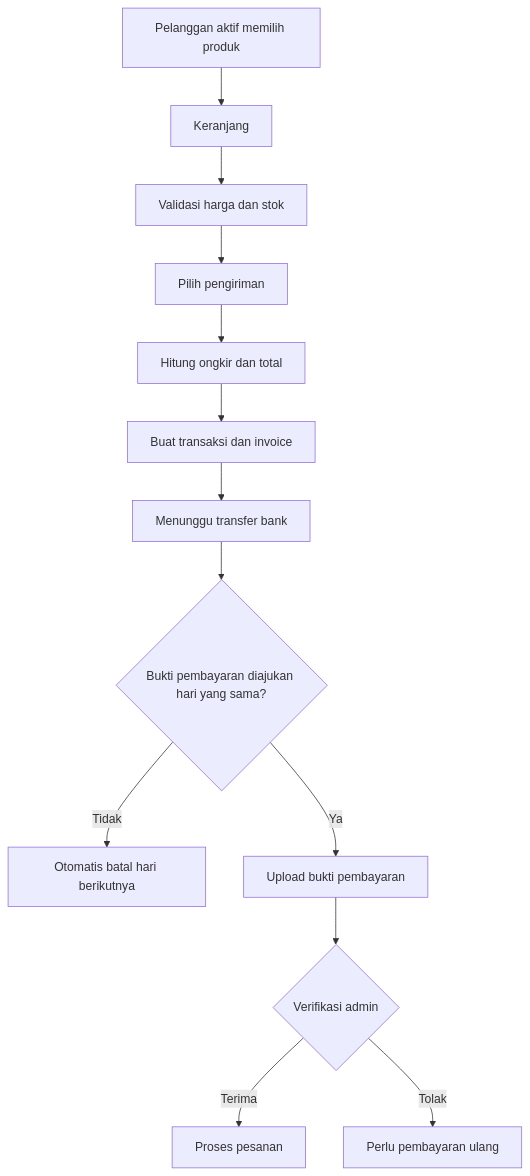
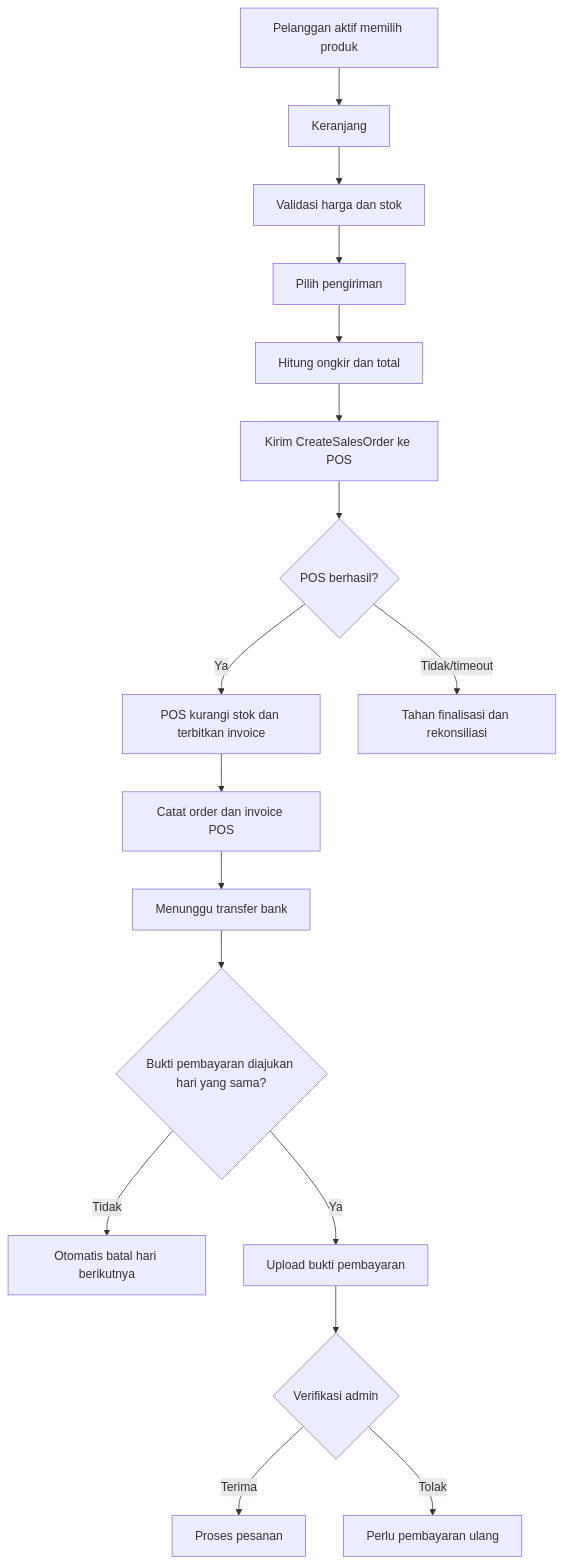
Before and after one commit to Webekspres/pixel-komunika: the third of 4 diagrams in docs/requirements/BRD.md, drawn with Mermaid. The commit also changed other lines of this file and 3 other files, not shown here.

````diff
--- a/docs/requirements/BRD.md
+++ b/docs/requirements/BRD.md
@@ -293,15 +300,19 @@
 ```mermaid
 flowchart TD
     A[Pelanggan aktif memilih produk] --> B[Keranjang]
     B --> C[Validasi harga dan stok]
     C --> D[Pilih pengiriman]
     D --> E[Hitung ongkir dan total]
-    E --> F[Buat transaksi dan invoice]
-    F --> G[Menunggu transfer bank]
-    G --> X{Bukti pembayaran diajukan hari yang sama?}
+    E --> F[Kirim CreateSalesOrder ke POS]
+    F --> L{POS berhasil?}
+    L -->|Ya| M[POS kurangi stok dan terbitkan invoice]
+    L -->|Tidak/timeout| N[Tahan finalisasi dan rekonsiliasi]
+    M --> G[Catat order dan invoice POS]
+    G --> O[Menunggu transfer bank]
+    O --> X{Bukti pembayaran diajukan hari yang sama?}
     X -->|Tidak| Y[Otomatis batal hari berikutnya]
     X -->|Ya| H[Upload bukti pembayaran]
     H --> I{Verifikasi admin}
     I -->|Terima| J[Proses pesanan]
     I -->|Tolak| K[Perlu pembayaran ulang]
 ```
````
